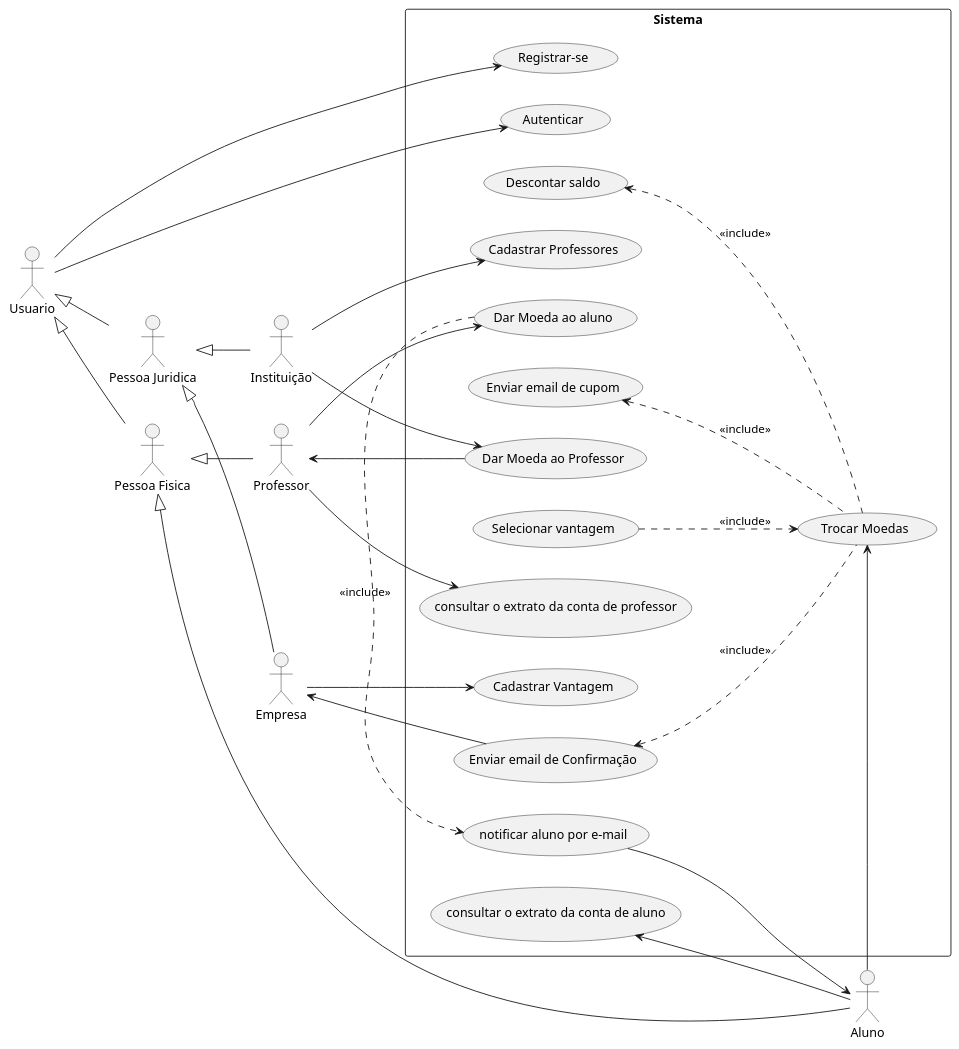
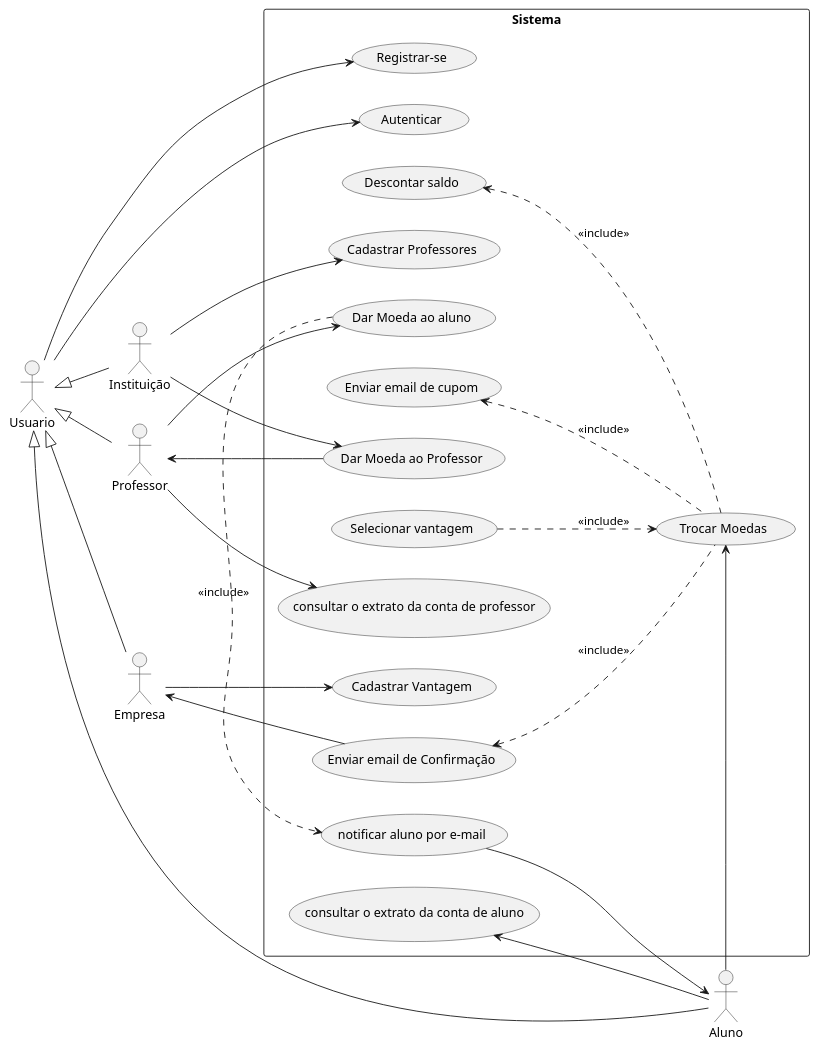
The diagram in laboratorio-4/sprint-3/projeto/plantuml/caso-de-uso.plantuml (G4BR-13-L/lab-desenvolvimento-de-software), drawn with PlantUML before and after one commit. The commit also changed 2 other files, not shown here.

Commit message:
Atualização do diagrma de caso de uso e diagrama de classe

```diff
--- a/laboratorio-4/sprint-3/projeto/plantuml/caso-de-uso.plantuml
+++ b/laboratorio-4/sprint-3/projeto/plantuml/caso-de-uso.plantuml
@@ -1,60 +1,57 @@
 @startuml caso-de-uso
 
 left to right direction
 
 actor "Usuario" as user
 actor "Instituição" as instituicao
 actor "Aluno" as aluno
 actor "Professor" as professor
 actor "Empresa" as empresa
-actor "Pessoa Fisica" as pessoaFisica
-actor "Pessoa Juridica" as pessoaJuridica
+
 rectangle "Sistema" as SistemaDeMérito {
     'package usuarios{
         usecase "Registrar-se" as registrarse
         usecase "Autenticar" as autenticar
     '}
     'package pagamentos{
         usecase "Dar Moeda ao aluno" as darMoedaAoAluno
         usecase "Dar Moeda ao Professor" as darMoedaAoProfessor
         usecase "notificar aluno por e-mail" as notificarAlunoPorEmail
         usecase "consultar o extrato da conta de aluno" as consultarExtratoDaContaAluno
         usecase "consultar o extrato da conta de professor" as consultarExtratoDaContaProfessor
         usecase "Trocar Moedas" as trocarMoedas
         usecase "Descontar saldo" as descontarSaldo
         usecase "Enviar email de cupom" as enviarEmailDeCupom
         usecase "Enviar email de Confirmação" as enviarEmailDeConfirmacao
    ' }
     'package institucional{
         usecase "Cadastrar Professores" as cadastrarProfessores
         usecase "Selecionar vantagem" as selecionarVantagem
         usecase "Cadastrar Vantagem" as cadastrarVantagem
     '}
 }
 
 user -> registrarse
 user -> autenticar
-user <|-- pessoaFisica
-pessoaFisica <|-- aluno
-pessoaFisica <|-- professor
-user <|-- pessoaJuridica
-pessoaJuridica <|-- instituicao
-pessoaJuridica <|-- empresa
+user <|-- aluno
+user <|-- professor
+user <|-- instituicao
+user <|-- empresa
 instituicao --> cadastrarProfessores
 
 professor --> darMoedaAoAluno
 instituicao --> darMoedaAoProfessor
 darMoedaAoProfessor --> professor
 darMoedaAoAluno .> notificarAlunoPorEmail: <<include>>
 notificarAlunoPorEmail --> aluno
 aluno --> consultarExtratoDaContaAluno
 professor --> consultarExtratoDaContaProfessor
 aluno -> trocarMoedas
 empresa --> cadastrarVantagem
 
 selecionarVantagem ..> trocarMoedas: <<include>>
 descontarSaldo <.. trocarMoedas: <<include>>
 enviarEmailDeCupom <.. trocarMoedas: <<include>>
 enviarEmailDeConfirmacao <.. trocarMoedas:<<include>>
 enviarEmailDeConfirmacao --> empresa
 @enduml
```
